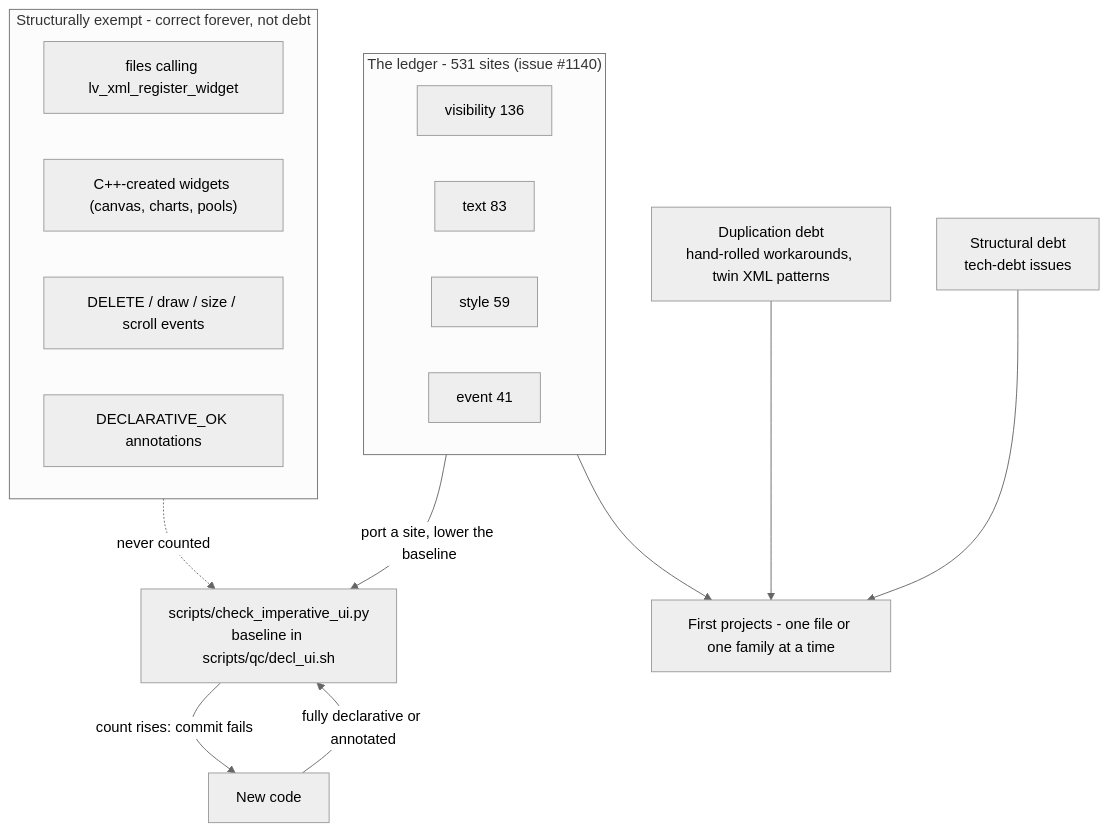
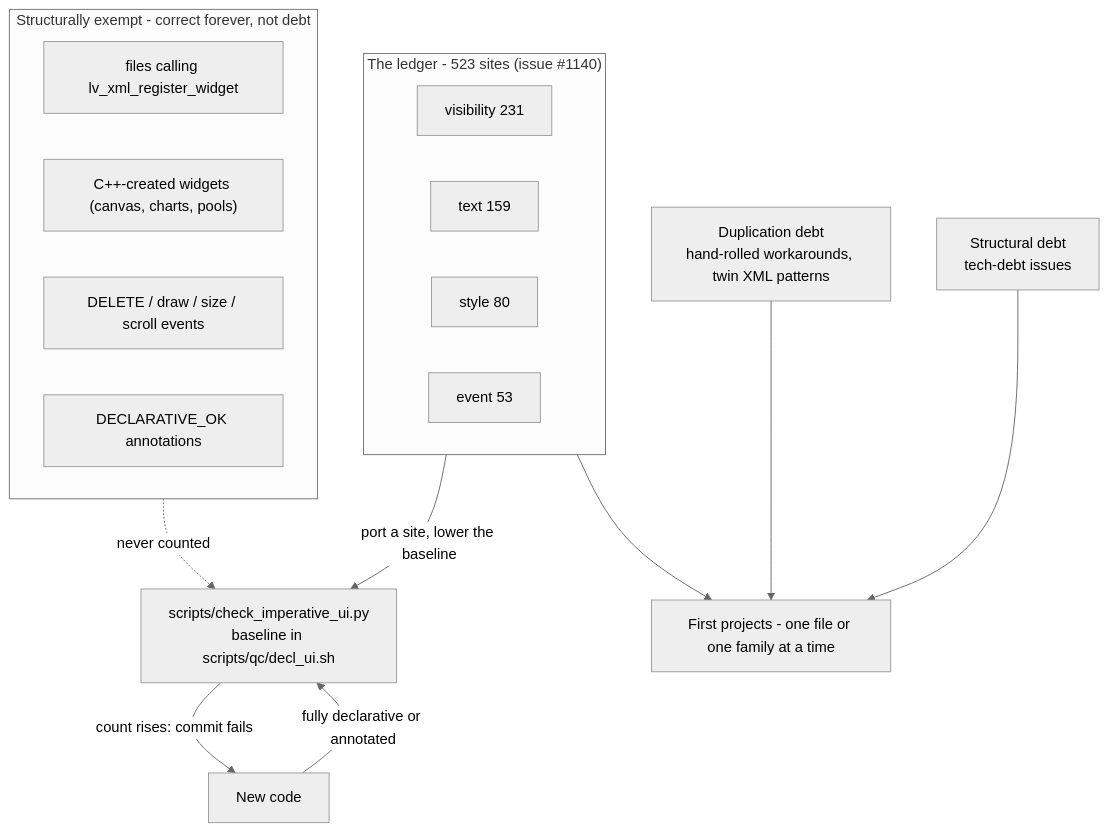
One commit to prestonbrown/helixscreen changed the diagram in docs/devel/architecture/15-known-debt.md. Above: the diagram before and after it, drawn with Mermaid (neutral theme). The commit also changed other lines of this file and 2 other files, not shown here.

First line of the commit message:
chore(gates): pin the imperative-UI baseline at today's 523 and refresh its ledger (prestonbrown/helixscreen#1944)

````diff
--- a/docs/devel/architecture/15-known-debt.md
+++ b/docs/devel/architecture/15-known-debt.md
@@ -7,27 +7,27 @@
 ```mermaid
 flowchart TD
     NEW["New code"] -->|"fully declarative or annotated"| GATE
 
-    subgraph LEDGER["The ledger - 531 sites (issue #1140)"]
-        V["visibility 136"]
-        T["text 83"]
-        S["style 59"]
-        E["event 41"]
+    subgraph LEDGER["The ledger - 523 sites (issue #1140)"]
+        V["visibility 231"]
+        T["text 159"]
+        S["style 80"]
+        E["event 53"]
     end
 
     GATE["scripts/check_imperative_ui.py<br/>baseline in scripts/qc/decl_ui.sh"]
     LEDGER -->|"port a site, lower the baseline"| GATE
     GATE -->|"count rises: commit fails"| NEW
 
     subgraph EXEMPT["Structurally exempt - correct forever, not debt"]
         W["files calling lv_xml_register_widget"]
         C["C++-created widgets (canvas, charts, pools)"]
         H["DELETE / draw / size / scroll events"]
         A["DECLARATIVE_OK annotations"]
     end
     EXEMPT -.->|"never counted"| GATE
 
     DUP["Duplication debt<br/>hand-rolled workarounds, twin XML patterns"] --> PROJECTS
     ISSUES["Structural debt<br/>tech-debt issues"] --> PROJECTS
     LEDGER --> PROJECTS["First projects - one file or one family at a time"]
 ```
````
